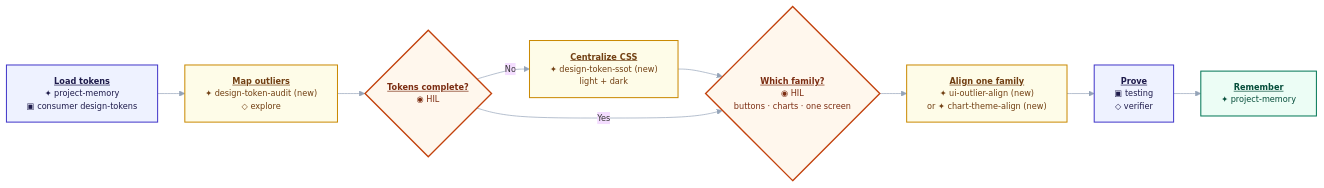
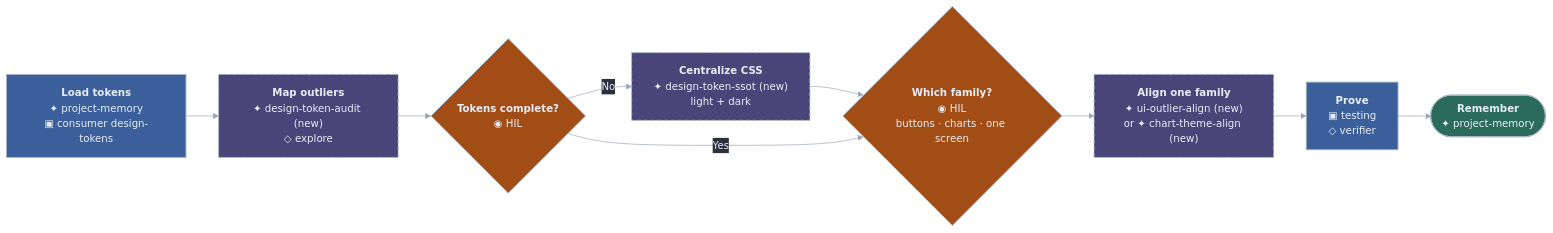
Before and after one commit to RaphaelBecker/cursor-harness: diagram 12 of 14 in README.md, drawn with Mermaid. The commit also changed other lines of this file and 12 other files, not shown here.

````diff
--- a/README.md
+++ b/README.md
@@ -737,25 +703,25 @@
 ```mermaid
-%%{init: {"theme":"base","themeVariables":{"fontFamily":"ui-sans-serif,system-ui,sans-serif","fontSize":"12px","lineColor":"#94a3b8"},"flowchart":{"curve":"basis","htmlLabels":true,"nodeSpacing":22,"rankSpacing":40}}}%%
+%%{init: {"theme":"base","themeVariables":{"darkMode":true,"fontFamily":"ui-sans-serif, system-ui, -apple-system, Segoe UI, sans-serif","fontSize":"15px","background":"#2B313C","lineColor":"#9AA6B8","textColor":"#9AA6B8","primaryTextColor":"#E8EEF7","edgeLabelBackground":"#2B313C"},"flowchart":{"curve":"basis","htmlLabels":true,"nodeSpacing":31,"rankSpacing":48,"padding":16,"useMaxWidth":true}}}%%
 flowchart LR
-  f1["<b><u>Load tokens</u></b><br/>✦ project-memory<br/>▣ consumer design-tokens"]
-  f2["<b><u>Map outliers</u></b><br/>✦ design-token-audit (new)<br/>◇ explore"]
-  f3{"<b><u>Tokens complete?</u></b><br/>◉ HIL"}
-  f4["<b><u>Centralize CSS</u></b><br/>✦ design-token-ssot (new)<br/>light + dark"]
-  f5{"<b><u>Which family?</u></b><br/>◉ HIL<br/>buttons · charts · one screen"}
-  f6["<b><u>Align one family</u></b><br/>✦ ui-outlier-align (new)<br/>or ✦ chart-theme-align (new)"]
-  f7["<b><u>Prove</u></b><br/>▣ testing<br/>◇ verifier"]
-  f8["<b><u>Remember</u></b><br/>✦ project-memory"]
+  f1["<b>Load tokens</b><br/>✦ project-memory<br/>▣ consumer design-tokens"]
+  f2["<b>Map outliers</b><br/>✦ design-token-audit (new)<br/>◇ explore"]
+  f3{"<b>Tokens complete?</b><br/>◉ HIL"}
+  f4["<b>Centralize CSS</b><br/>✦ design-token-ssot (new)<br/>light + dark"]
+  f5{"<b>Which family?</b><br/>◉ HIL<br/>buttons · charts · one screen"}
+  f6["<b>Align one family</b><br/>✦ ui-outlier-align (new)<br/>or ✦ chart-theme-align (new)"]
+  f7["<b>Prove</b><br/>▣ testing<br/>◇ verifier"]
+  f8(["<b>Remember</b><br/>✦ project-memory"])
 
   f1 --> f2 --> f3
   f3 -->|No| f4 --> f5
   f3 -->|Yes| f5 --> f6 --> f7 --> f8
 
-  classDef skill fill:#eef2ff,stroke:#4338ca,stroke-width:1.5px,color:#1e1b4b
-  classDef proposed fill:#fefce8,stroke:#ca8a04,stroke-width:1.5px,color:#713f12
-  classDef hil fill:#fff7ed,stroke:#c2410c,stroke-width:2px,color:#7c2d12
-  classDef done fill:#ecfdf5,stroke:#047857,stroke-width:1.5px,color:#064e3b
+  classDef skill fill:#3A5F9A,stroke:#A8B4C4,stroke-width:1.4px,color:#E8EEF7
+  classDef proposed fill:#4A4578,stroke:#A8B4C4,stroke-width:1.4px,color:#E8EEF7,stroke-dasharray:6 4
+  classDef hil fill:#A34D16,stroke:#A8B4C4,stroke-width:1.4px,color:#E8EEF7
+  classDef done fill:#2A6B5C,stroke:#A8B4C4,stroke-width:1.4px,color:#E8EEF7
   class f1,f7 skill
   class f2,f4,f6 proposed
   class f3,f5 hil
   class f8 done
 ```
````
